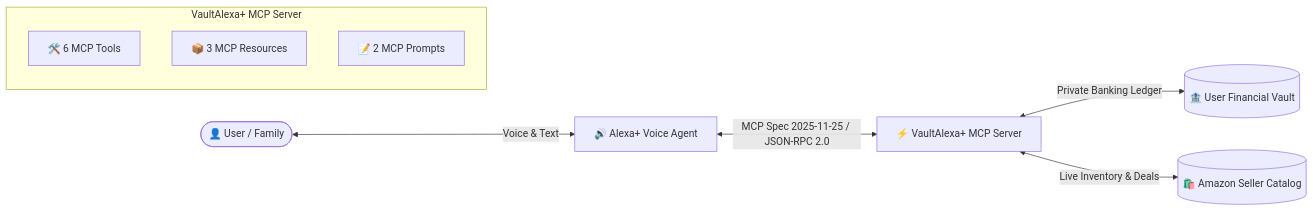
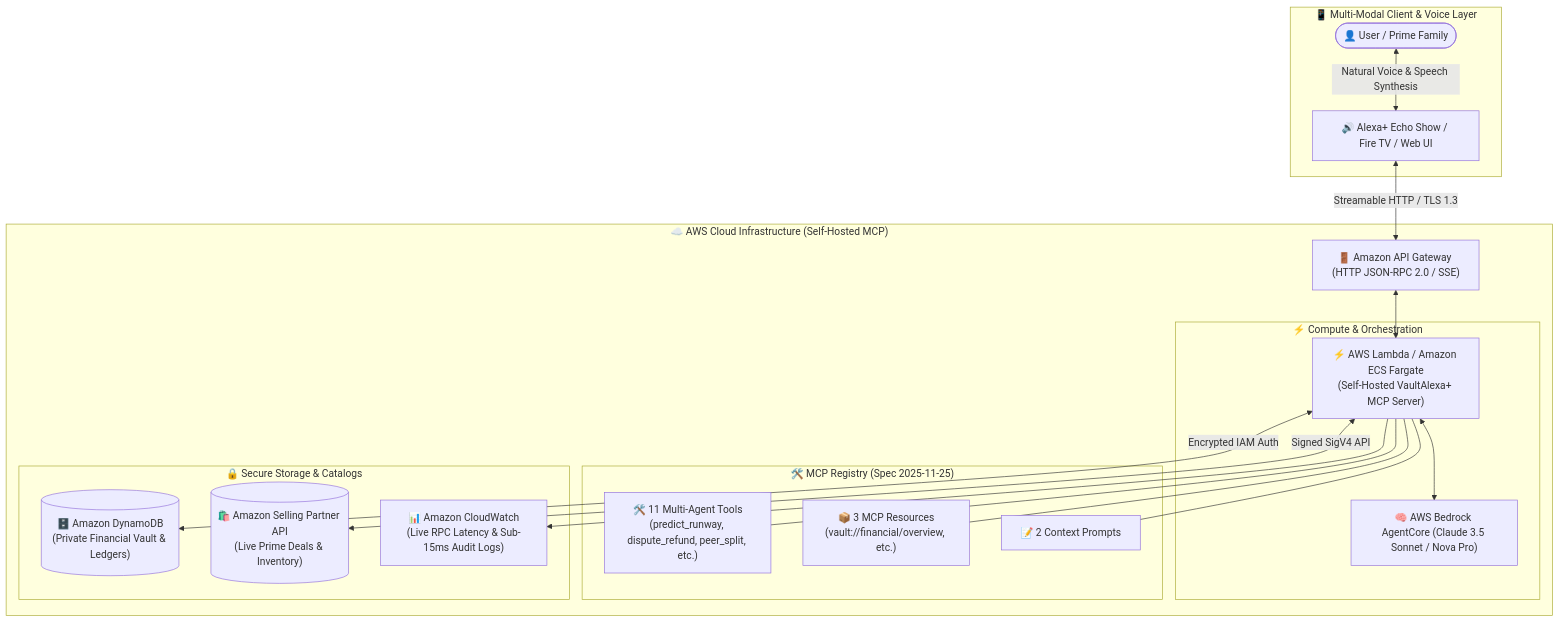
One commit to karyalangitdigital/vault-alexa-mcp changed the diagram in README.md. Above: the diagram before and after it, drawn with Mermaid. The commit also changed other lines of this file and 4 other files, not shown here.

````diff
--- a/README.md
+++ b/README.md
@@ -48,14 +50,39 @@
 ```mermaid
-flowchart LR
-    User([👤 User / Family]) <-->|Voice & Text| Alexa[🔊 Alexa+ Voice Agent]
-    Alexa <-->|MCP Spec 2025-11-25 / JSON-RPC 2.0| MCPServer[⚡ VaultAlexa+ MCP Server]
-    
-    subgraph "VaultAlexa+ MCP Server"
-        Tools[🛠️ 6 MCP Tools]
-        Resources[📦 3 MCP Resources]
-        Prompts[📝 2 MCP Prompts]
+flowchart TD
+    subgraph ClientLayer ["📱 Multi-Modal Client & Voice Layer"]
+        User(["👤 User / Prime Family"])
+        AlexaDevice["🔊 Alexa+ Echo Show / Fire TV / Web UI"]
+        User <-->|Natural Voice & Speech Synthesis| AlexaDevice
     end
-    
-    MCPServer <-->|Private Banking Ledger| VaultDB[(🏦 User Financial Vault)]
-    MCPServer <-->|Live Inventory & Deals| AmazonAPI[(🛍️ Amazon Seller Catalog)]
+
+    subgraph AWSCloud ["☁️ AWS Cloud Infrastructure (Self-Hosted MCP)"]
+        APIGateway["🚪 Amazon API Gateway (HTTP JSON-RPC 2.0 / SSE)"]
+        
+        subgraph ComputeLayer ["⚡ Compute & Orchestration"]
+            BedrockAgent["🧠 AWS Bedrock AgentCore (Claude 3.5 Sonnet / Nova Pro)"]
+            LambdaMCP["⚡ AWS Lambda / Amazon ECS Fargate\n(Self-Hosted VaultAlexa+ MCP Server)"]
+        end
+
+        subgraph MCPRegistry ["🛠️ MCP Registry (Spec 2025-11-25)"]
+            MCPTools["🛠️ 11 Multi-Agent Tools\n(predict_runway, dispute_refund, peer_split, etc.)"]
+            MCPResources["📦 3 MCP Resources\n(vault://financial/overview, etc.)"]
+            MCPPrompts["📝 2 Context Prompts"]
+        end
+
+        subgraph StorageLayer ["🔒 Secure Storage & Catalogs"]
+            DynamoDB[("🗄️ Amazon DynamoDB\n(Private Financial Vault & Ledgers)")]
+            AmazonCatalog[("🛍️ Amazon Selling Partner API\n(Live Prime Deals & Inventory)")]
+            CloudWatch["📊 Amazon CloudWatch\n(Live RPC Latency & Sub-15ms Audit Logs)"]
+        end
+    end
+
+    AlexaDevice <-->|Streamable HTTP / TLS 1.3| APIGateway
+    APIGateway <--> LambdaMCP
+    LambdaMCP <--> BedrockAgent
+    LambdaMCP --- MCPTools
+    LambdaMCP --- MCPResources
+    LambdaMCP --- MCPPrompts
+    LambdaMCP <-->|Encrypted IAM Auth| DynamoDB
+    LambdaMCP <-->|Signed SigV4 API| AmazonCatalog
+    LambdaMCP --> CloudWatch
 ```
````
